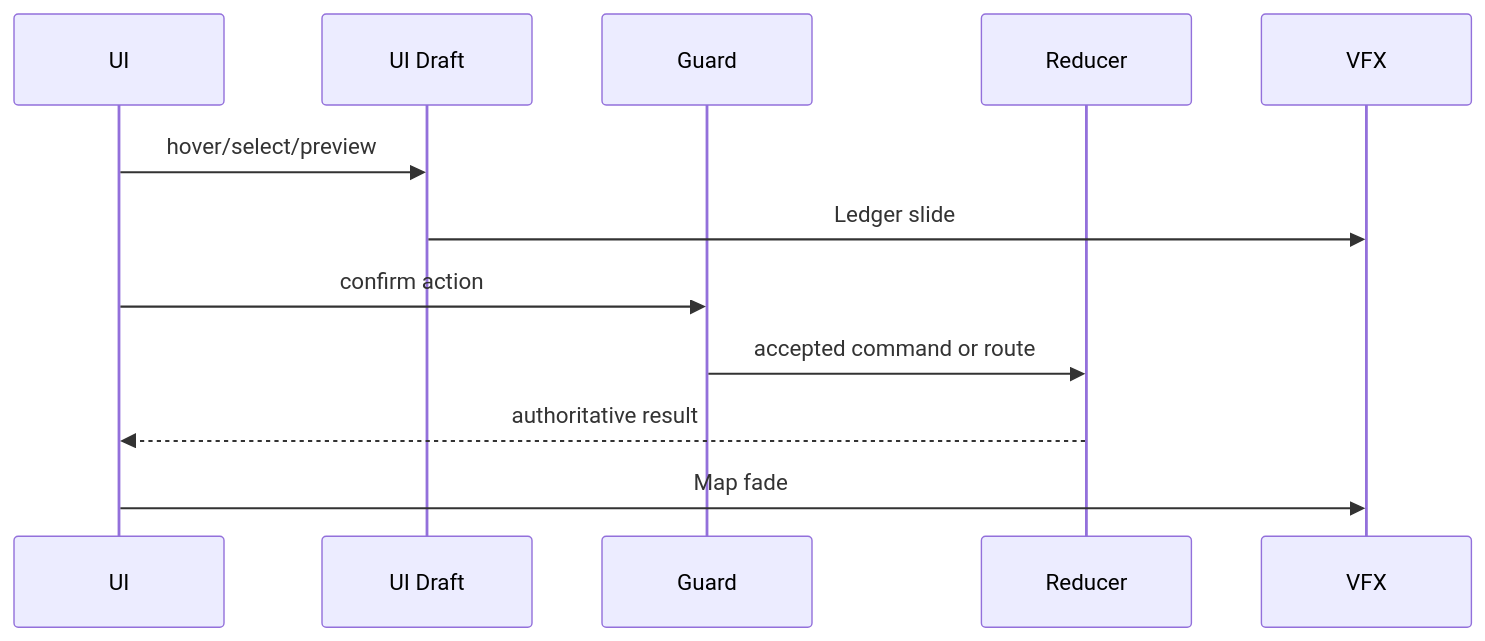
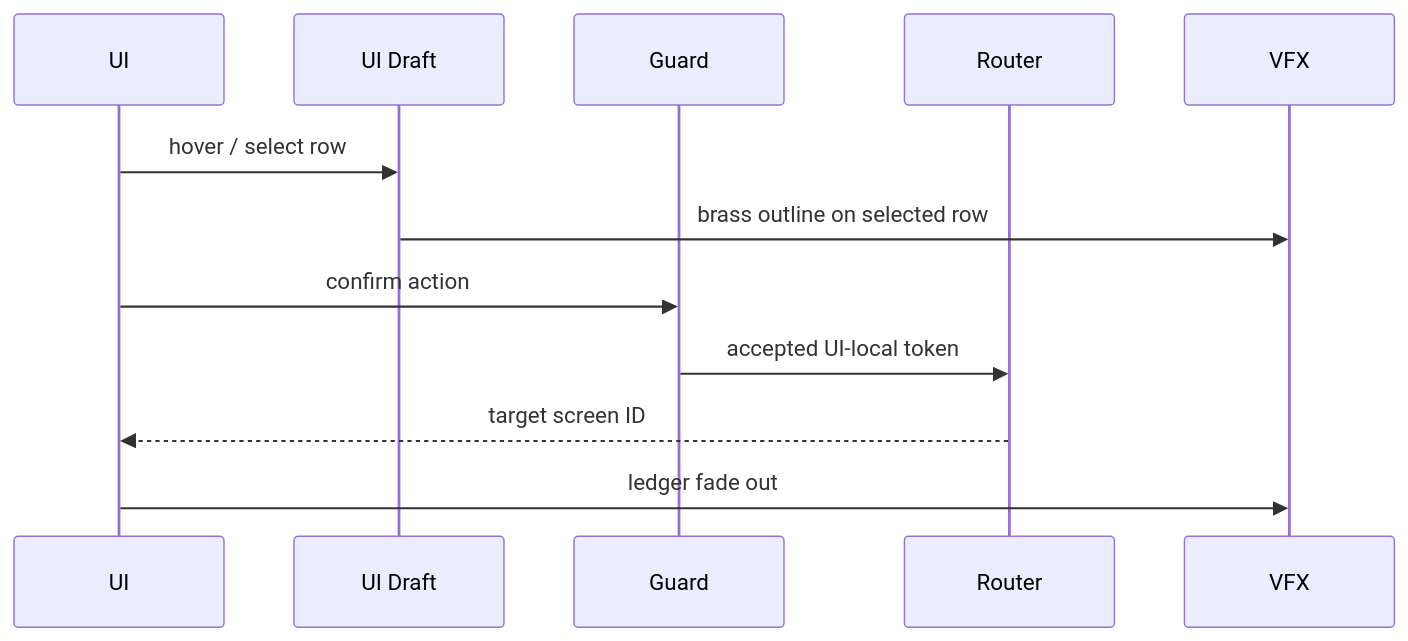
One commit to SunaNoOshiro/Heroes_Reforged_AI_Realms changed the fourth of 5 diagrams in docs/architecture/wiki/screens/08-kingdom-overview/architecture.md. Above: the diagram before and after it, drawn with Mermaid. The commit also changed other lines of this file and 518 other files, not shown here.

First line of the commit message:
Add doc-audit skill and sweep architecture/screen docs

````diff
--- a/docs/architecture/wiki/screens/08-kingdom-overview/architecture.md
+++ b/docs/architecture/wiki/screens/08-kingdom-overview/architecture.md
@@ -52,14 +61,14 @@
 ```mermaid
 sequenceDiagram
   participant UI
   participant Draft as UI Draft
   participant Guard
-  participant Reducer
+  participant Router
   participant VFX
-  UI->>Draft: hover/select/preview
-  Draft->>VFX: Ledger slide
+  UI->>Draft: hover / select row
+  Draft->>VFX: brass outline on selected row
   UI->>Guard: confirm action
-  Guard->>Reducer: accepted command or route
-  Reducer-->>UI: authoritative result
-  UI->>VFX: Map fade
+  Guard->>Router: accepted UI-local token
+  Router-->>UI: target screen ID
+  UI->>VFX: ledger fade out
 ```
````
